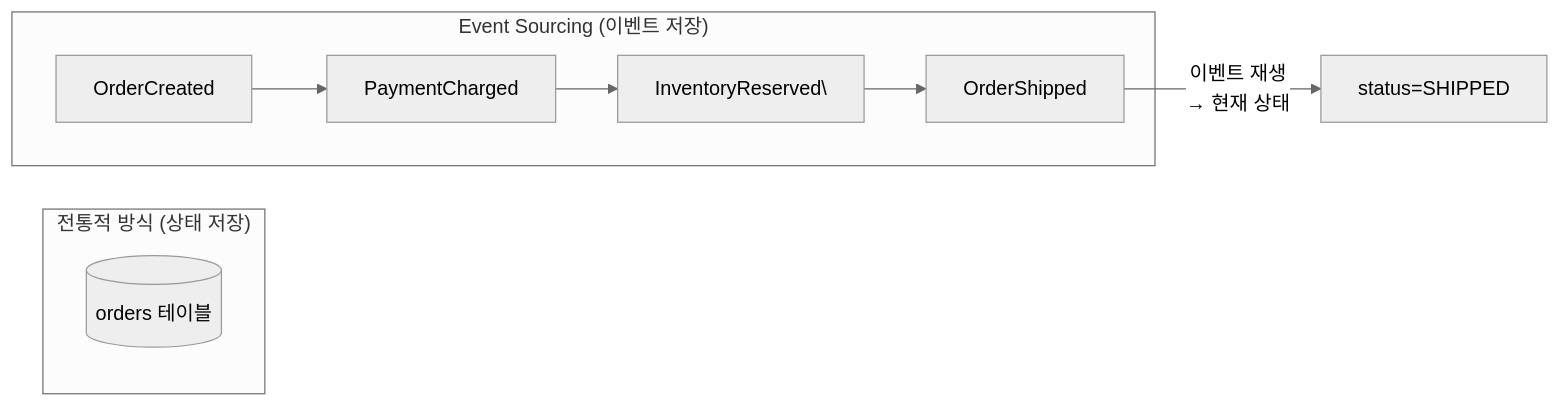
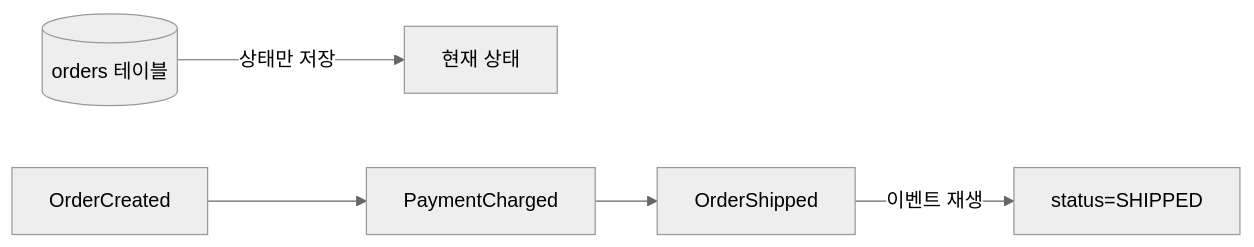
The third of 4 diagrams in _posts/architecture/2026-05-01-event-driven.md (yjkim2015/yjkim2015.github.io), drawn with Mermaid (neutral theme) before and after one commit. The commit also changed other lines of this file and 155 other files, not shown here.

First line of the commit message:
Mermaid 전면 수정: subgraph 제거, participant/노드/줄수 축소 (342블록)

````diff
--- a/_posts/architecture/2026-05-01-event-driven.md
+++ b/_posts/architecture/2026-05-01-event-driven.md
@@ -144,14 +138,7 @@
 ```mermaid
 graph LR
-    subgraph "전통적 방식 (상태 저장)"
-        DB1[("orders 테이블")]
-    end
-    subgraph "Event Sourcing (이벤트 저장)"
-        E1["OrderCreated"]
-        E2["PaymentCharged"]
-        E3["InventoryReserved\"]
-        E4["OrderShipped"]
-        E1 --> E2 --> E3 --> E4
-    end
-    E4 -->|"이벤트 재생\n→ 현재 상태"| STATE["status=SHIPPED"]
+    DB1[("orders 테이블")] -->|"상태만 저장"| CURR["현재 상태"]
+    E1["OrderCreated"] --> E2["PaymentCharged"]
+    E2 --> E3["OrderShipped"]
+    E3 -->|"이벤트 재생"| STATE["status=SHIPPED"]
 ```
````
